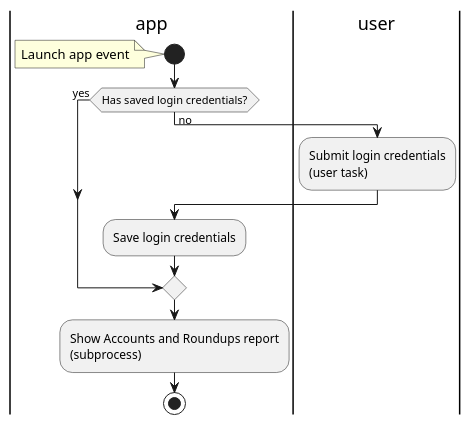
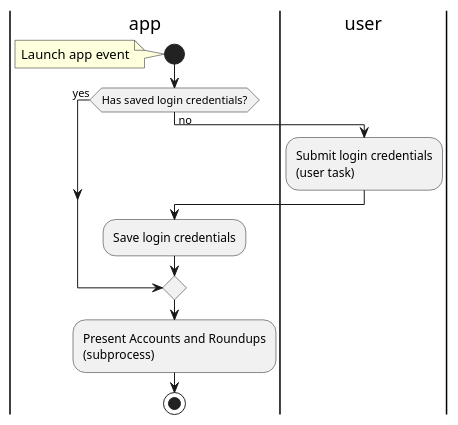
Before and after one commit to hristo-stefanov/MiniBankingDemo: the diagram in diagrams/Startup Activity Diagram.puml, drawn with PlantUML. The commit also changed 5 other files, not shown here.

```diff
--- a/diagrams/Startup Activity Diagram.puml
+++ b/diagrams/Startup Activity Diagram.puml
@@ -1,21 +1,21 @@
 @startuml
 'https://plantuml.com/activity-diagram-beta
 |app|
 start
 note left
 Launch app event
 end note
 if (Has saved login credentials?) then (yes)
 else (no)
     |user|
     :Submit login credentials
     (user task);
     |app|
     :Save login credentials;
 endif
-    :Show Accounts and Roundups report
+    :Present Accounts and Roundups
     (subprocess);
 
 stop
 
 @enduml
```
